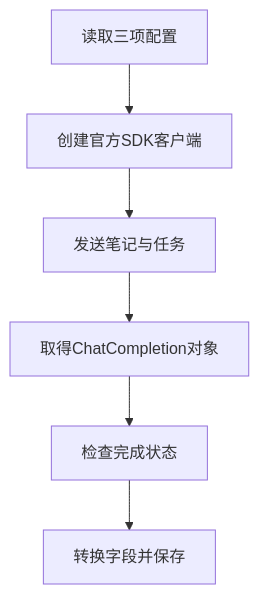
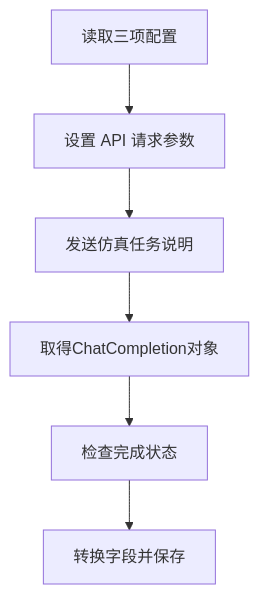
The diagram in 10-Knowledge/02 Agent Harness/02-model-adapters/01-configuration-and-response.md (HarryYangthu/TheBestAIGuide), drawn with Mermaid before and after one commit. The commit also changed other lines of this file and 341 other files, not shown here.

````diff
--- a/10-Knowledge/02 Agent Harness/02-model-adapters/01-configuration-and-response.md
+++ b/10-Knowledge/02 Agent Harness/02-model-adapters/01-configuration-and-response.md
@@ -7,8 +7,8 @@
 ```mermaid
 flowchart TD
-    A["读取三项配置"] --> B["创建官方SDK客户端"]
-    B --> C["发送笔记与任务"]
+    A["读取三项配置"] --> B["设置 API 请求参数"]
+    B --> C["发送仿真任务说明"]
     C --> D["取得ChatCompletion对象"]
     D --> E["检查完成状态"]
     E --> F["转换字段并保存"]
 ```
````
